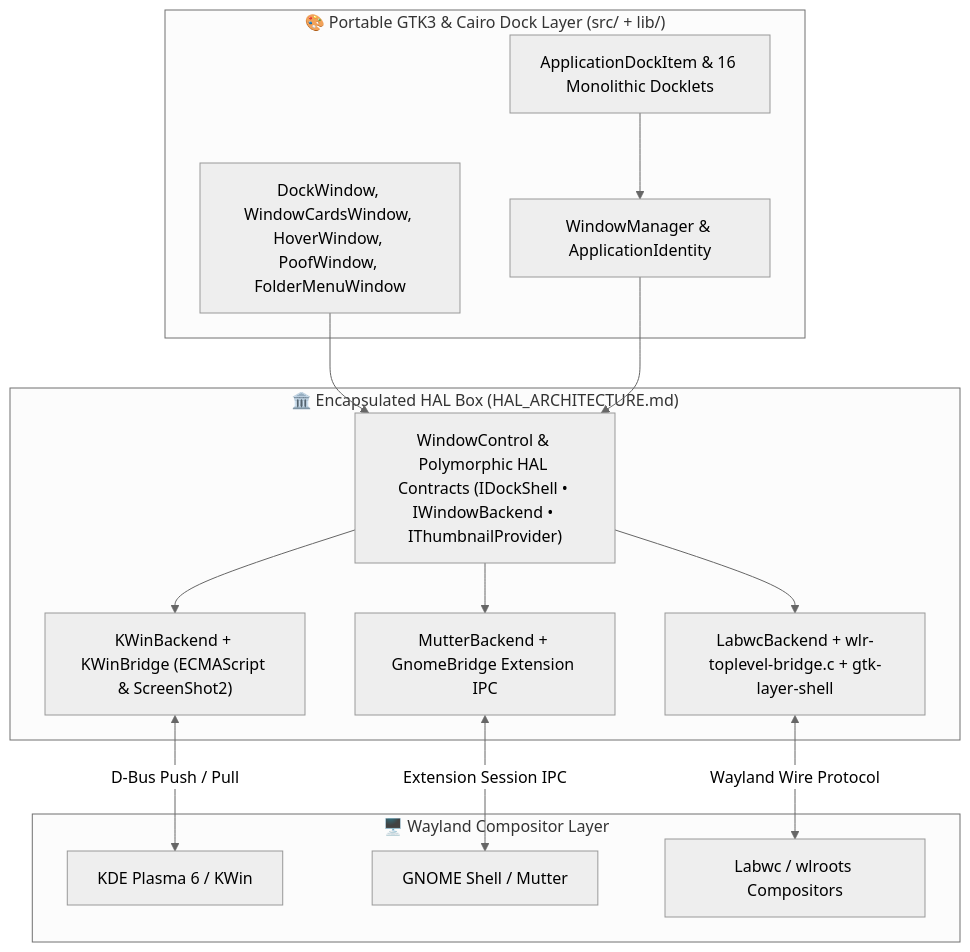
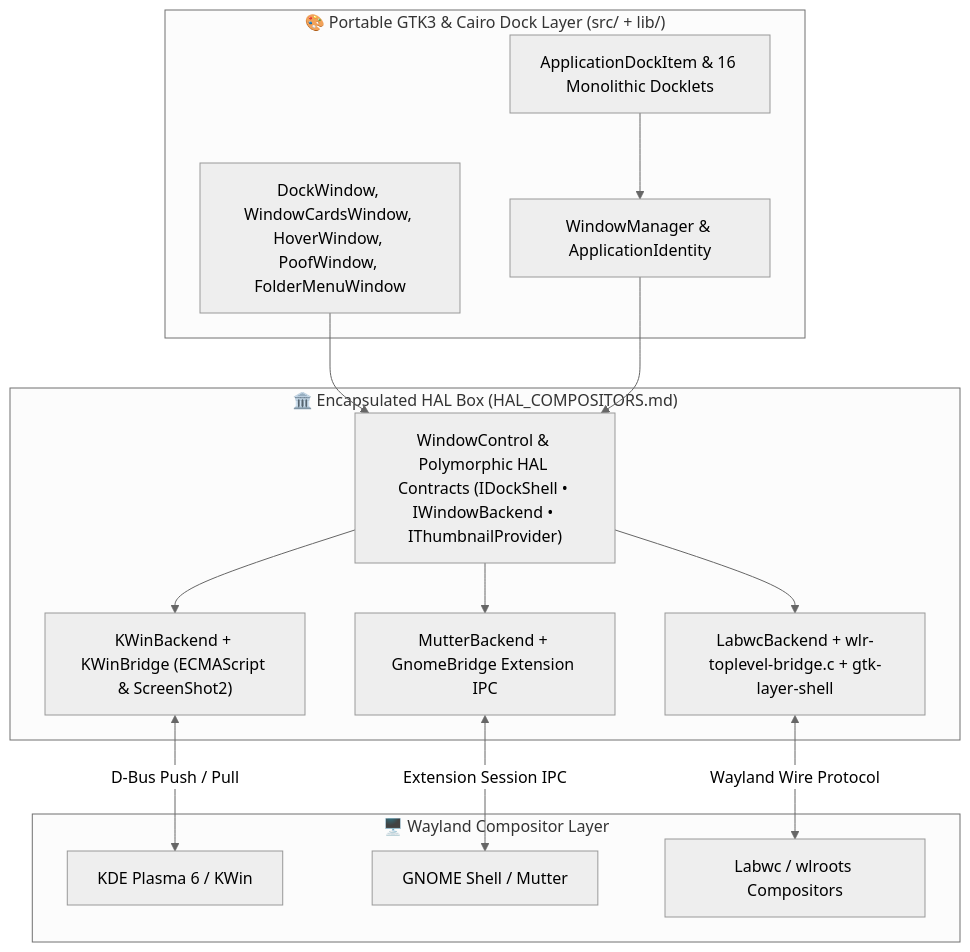
One commit to sergiomelas/WayPlank changed the first of 3 diagrams in Documentation/wayplank_x11_to_wayland_report_en.md. Above: the diagram before and after it, drawn with Mermaid (neutral theme). The commit also changed other lines of this file and 76 other files, not shown here.

````diff
--- a/Documentation/wayplank_x11_to_wayland_report_en.md
+++ b/Documentation/wayplank_x11_to_wayland_report_en.md
@@ -63,31 +63,31 @@
 ```mermaid
 flowchart TD
     subgraph UI ["🎨 Portable GTK3 & Cairo Dock Layer (src/ + lib/)"]
         DockWindow["DockWindow, WindowCardsWindow, HoverWindow, PoofWindow, FolderMenuWindow"]
         AppItem["ApplicationDockItem & 16 Monolithic Docklets"]
         WindowManager["WindowManager & ApplicationIdentity"]
     end
 
-    subgraph HAL_BOX ["🏛️ Encapsulated HAL Box (HAL_ARCHITECTURE.md)"]
+    subgraph HAL_BOX ["🏛️ Encapsulated HAL Box (HAL_COMPOSITORS.md)"]
         WindowControl["WindowControl & Polymorphic HAL Contracts (IDockShell • IWindowBackend • IThumbnailProvider)"]
         KWinBackend["KWinBackend + KWinBridge (ECMAScript & ScreenShot2)"]
         MutterBackend["MutterBackend + GnomeBridge Extension IPC"]
         LabwcBackend["LabwcBackend + wlr-toplevel-bridge.c + gtk-layer-shell"]
         WindowControl --> KWinBackend
         WindowControl --> MutterBackend
         WindowControl --> LabwcBackend
     end
 
     subgraph Compositors ["🖥️ Wayland Compositor Layer"]
         KWinComp["KDE Plasma 6 / KWin"]
         MutterComp["GNOME Shell / Mutter"]
         WlrComp["Labwc / wlroots Compositors"]
     end
 
     DockWindow --> WindowControl
     AppItem --> WindowManager
     WindowManager --> WindowControl
     KWinBackend <-->|"D-Bus Push / Pull"| KWinComp
     MutterBackend <-->|"Extension Session IPC"| MutterComp
     LabwcBackend <-->|"Wayland Wire Protocol"| WlrComp
 ```
````
